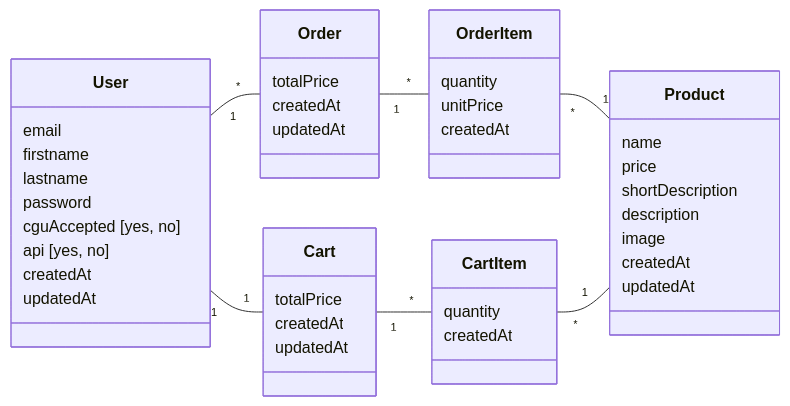
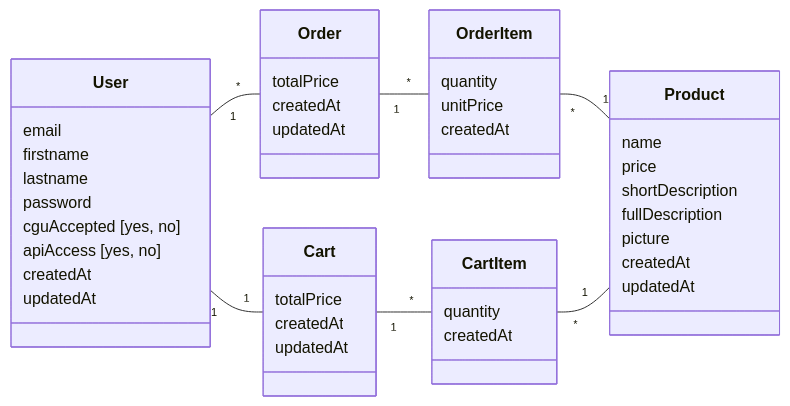
Before and after one commit to Vivien60/Formation_OC_Symfony_P13_ecommerce-And-API: the diagram in README.md, drawn with Mermaid. The commit also changed 3 other files, not shown here.

````diff
--- a/README.md
+++ b/README.md
@@ -4,54 +4,54 @@
 ```mermaid
 classDiagram
 direction LR
     class Cart {
         totalPrice
         createdAt
         updatedAt
     }
 
     class Order {
         totalPrice
         createdAt
         updatedAt
     }
     
     class User {
 	    email
 	    firstname
 	    lastname
 	    password
 	    cguAccepted [yes, no]
-	    api [yes, no]
+	    apiAccess [yes, no]
         createdAt
         updatedAt
     }
 
     class Product {
         name
         price
         shortDescription
-        description
-        image
+        fullDescription
+        picture
         createdAt
         updatedAt
     }
 
     class OrderItem {
         quantity
         unitPrice
         createdAt
     }
 
     class CartItem {                                                                                                                                                                          
         quantity
         createdAt
     } 
 
     User "1" -- "1" Cart
     User "1" -- "*" Order
     Order "1" -- "*" OrderItem
     OrderItem "*" -- "1" Product
     Cart "1" -- "*" CartItem
     CartItem "*" -- "1" Product
 ```
````
